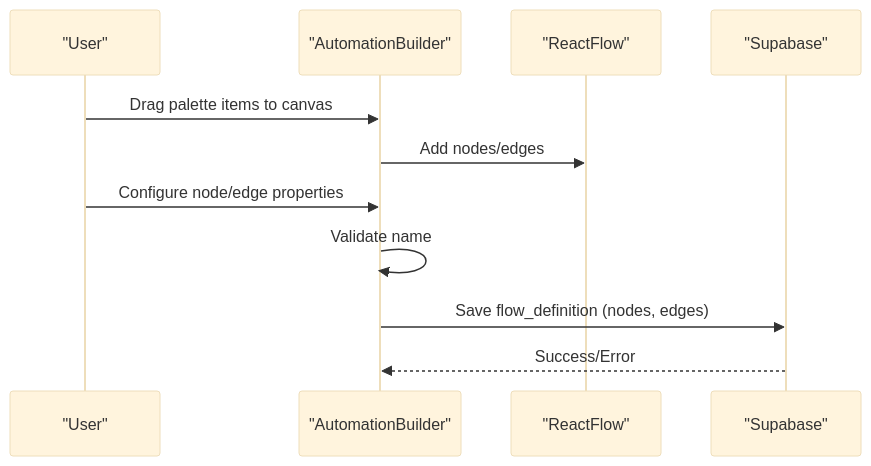
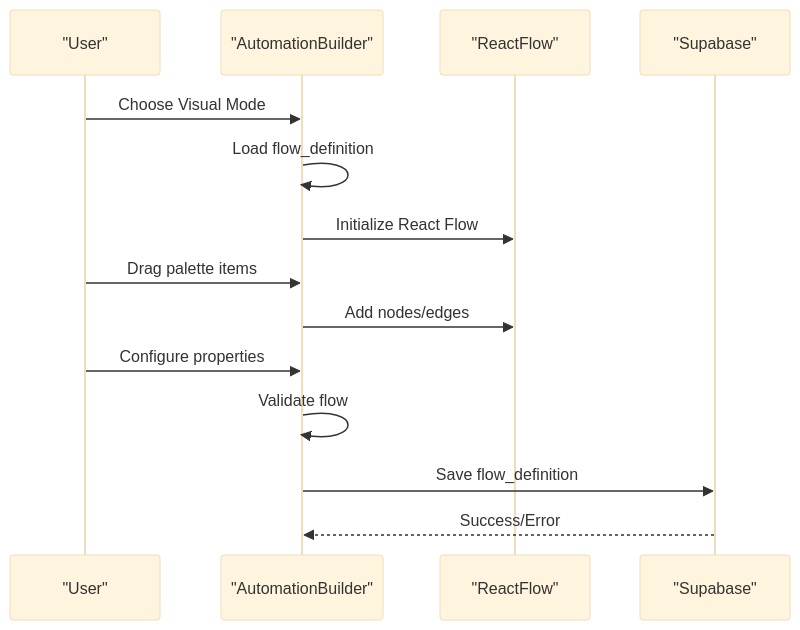
The ninth of 10 diagrams in .qoder/repowiki/en/content/Automation System/Automation Flow Builder.md (gastaldellomarco/pcReady), drawn with Mermaid (base theme) before and after one commit. The commit also changed other lines of this file and 19 other files, not shown here.

First line of the commit message:
feat(automation): enhance Automation Flow Builder with dual-mode design and advanced UI

````diff
--- a/.qoder/repowiki/en/content/Automation System/Automation Flow Builder.md
+++ b/.qoder/repowiki/en/content/Automation System/Automation Flow Builder.md
@@ -309,13 +433,16 @@
 ```mermaid
 sequenceDiagram
 participant U as "User"
 participant AB as "AutomationBuilder"
 participant RF as "ReactFlow"
 participant DB as "Supabase"
-U->>AB : Drag palette items to canvas
+U->>AB : Choose Visual Mode
+AB->>AB : Load flow_definition
+AB->>RF : Initialize React Flow
+U->>AB : Drag palette items
 AB->>RF : Add nodes/edges
-U->>AB : Configure node/edge properties
-AB->>AB : Validate name
-AB->>DB : Save flow_definition (nodes, edges)
+U->>AB : Configure properties
+AB->>AB : Validate flow
+AB->>DB : Save flow_definition
 DB-->>AB : Success/Error
 ```
````
